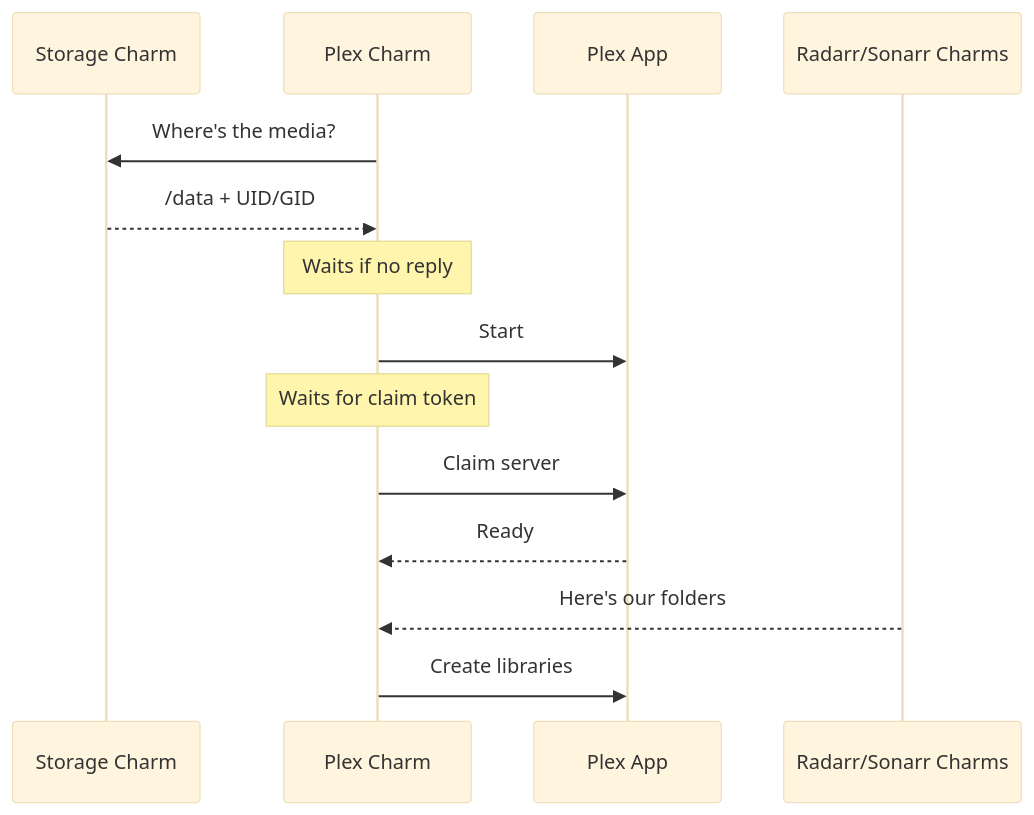
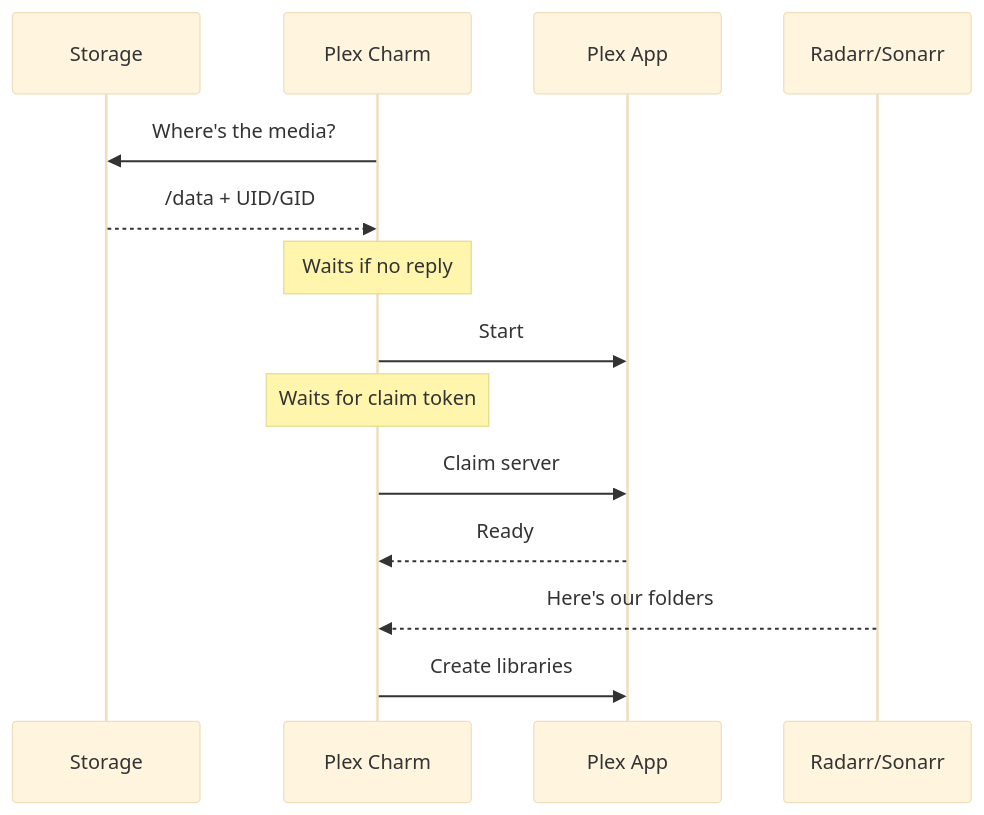
The diagram in docs/charms/media-server.md (charmarr/charmarr), drawn with Mermaid (base theme) before and after one commit. The commit also changed 23 other files, not shown here.

````diff
--- a/docs/charms/media-server.md
+++ b/docs/charms/media-server.md
@@ -33,19 +33,19 @@
 ```mermaid
 sequenceDiagram
-    participant SC as Storage Charm
+    participant Storage
     participant PC as Plex Charm
     participant Plex as Plex App
-    participant RC as Radarr/Sonarr Charms
+    participant RC as Radarr/Sonarr
 
-    PC->>SC: Where's the media?
-    SC-->>PC: /data + UID/GID
+    PC->>Storage: Where's the media?
+    Storage-->>PC: /data + UID/GID
     Note over PC: Waits if no reply
 
     PC->>Plex: Start
     Note over PC: Waits for claim token
     PC->>Plex: Claim server
     Plex-->>PC: Ready
 
     RC-->>PC: Here's our folders
     PC->>Plex: Create libraries
 ```
````
